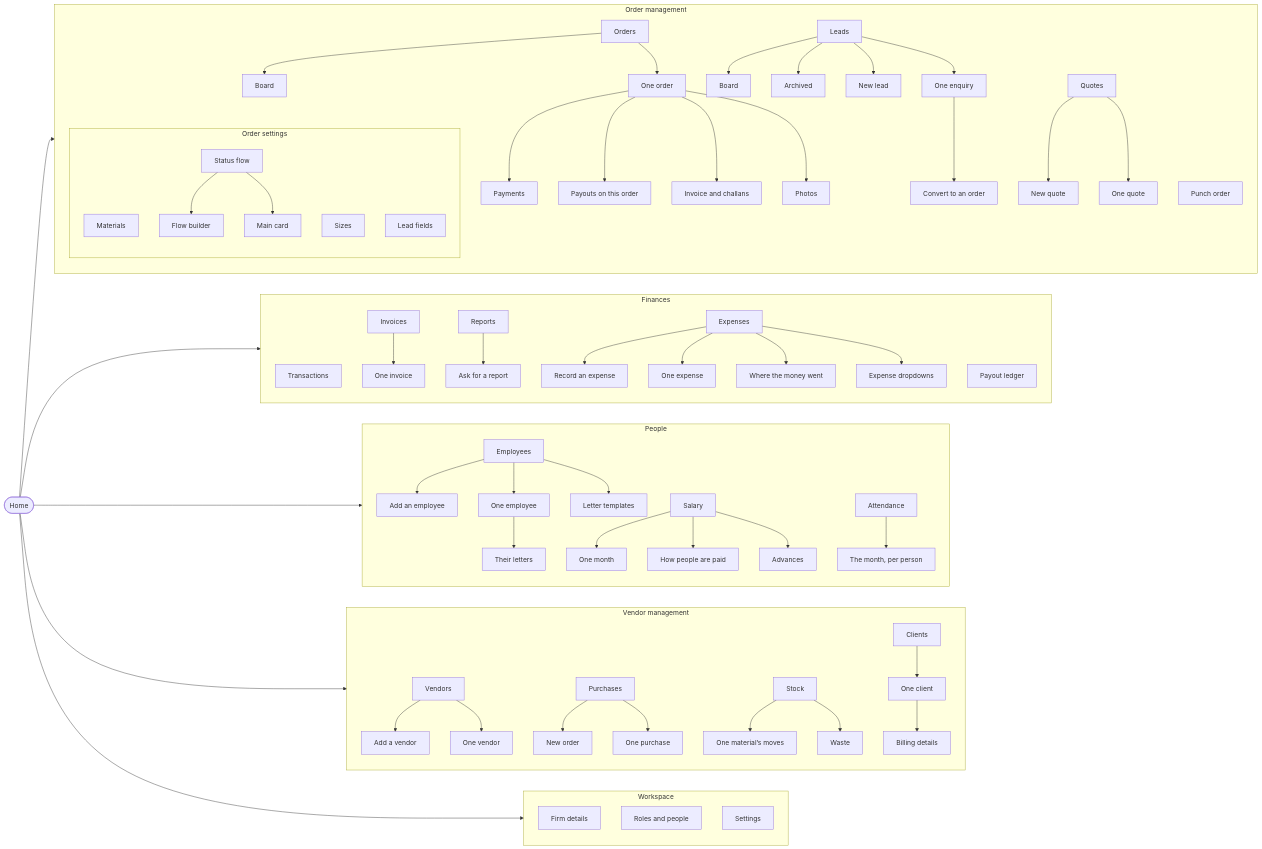
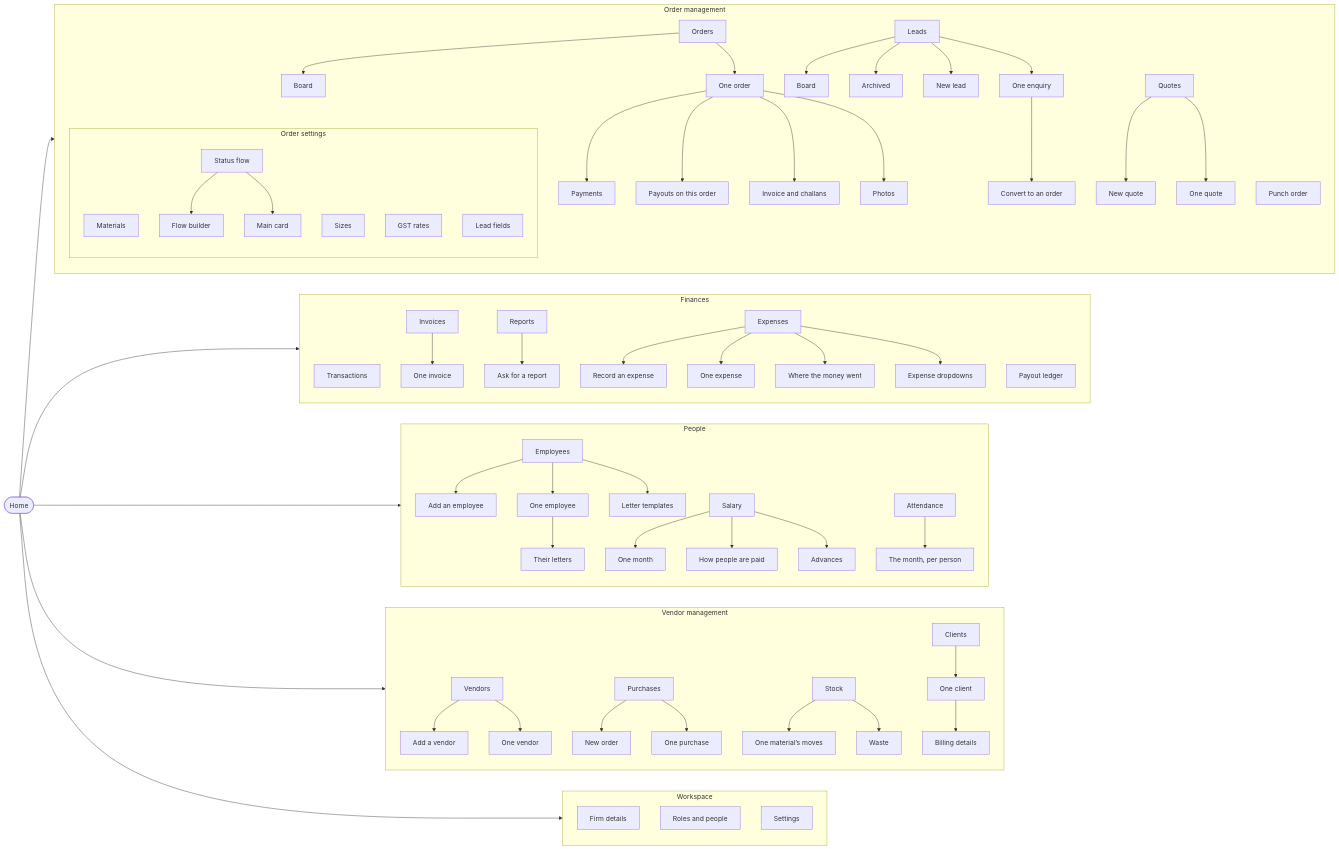
Before and after one commit to firstleaptechnologies-coder/factory-automation: the diagram in docs/NAVIGATION.md, drawn with Mermaid. The commit also changed other lines of this file and 7 other files, not shown here.

```diff
--- a/docs/NAVIGATION.md
+++ b/docs/NAVIGATION.md
@@ -59,6 +59,7 @@
     flow --> flow_canvas
     main_card["Main card"]
     flow --> main_card
+    gst["GST rates"]
     lead_fields["Lead fields"]
     end
   end
```
